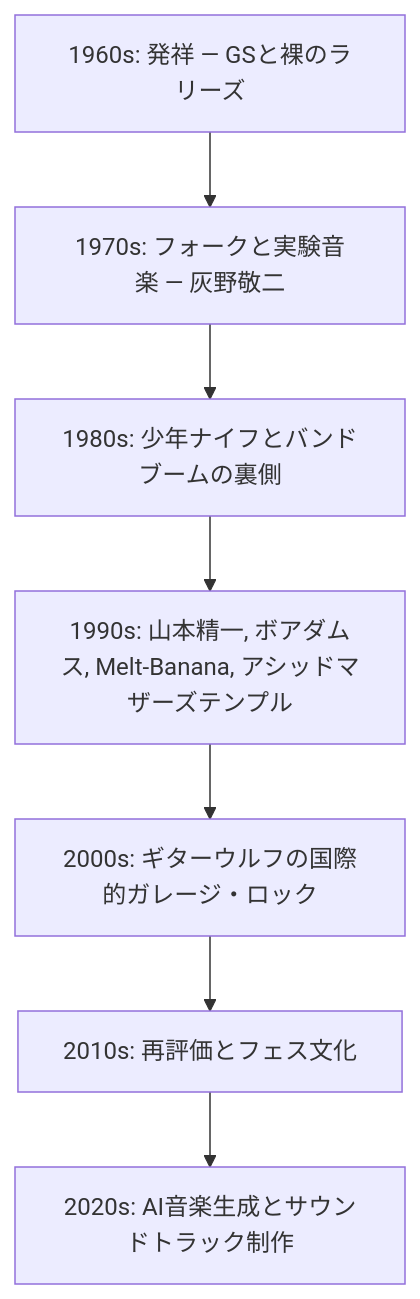
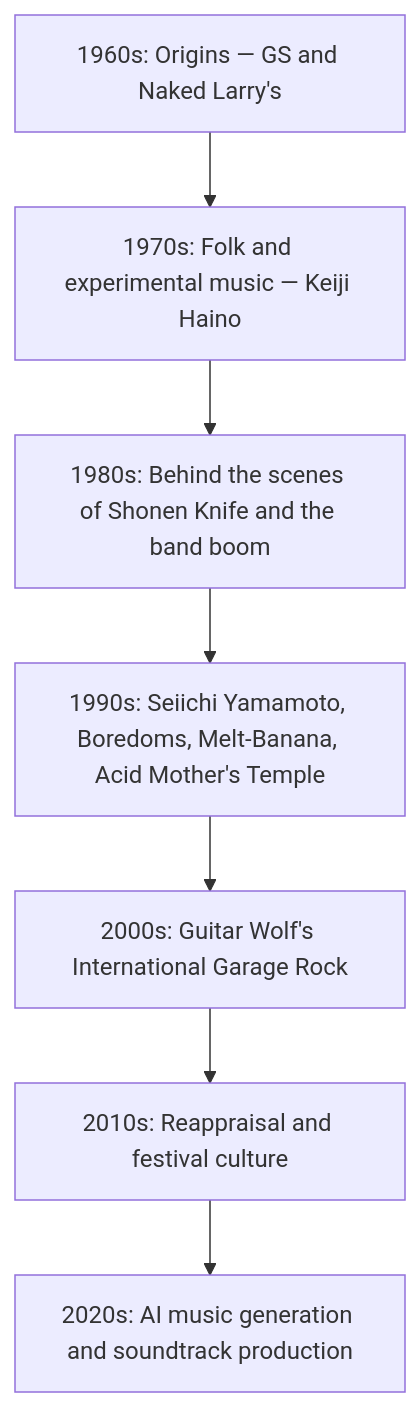
One commit to monumental-movement/monumental-movement.github.io changed the diagram in en/_posts/2025-09-25-Column-Japanese-Mainstream-Underground-Rock.md. Above: the diagram before and after it, drawn with Mermaid. The commit also changed 152 other files, not shown here.

```diff
--- a/en/_posts/2025-09-25-Column-Japanese-Mainstream-Underground-Rock.md
+++ b/en/_posts/2025-09-25-Column-Japanese-Mainstream-Underground-Rock.md
@@ -86,9 +86,9 @@
 <div class="mermaid">
 flowchart TD
-    A["1960s: 発祥 — GSと裸のラリーズ"] --> B["1970s: フォークと実験音楽 — 灰野敬二"]
-    B --> C["1980s: 少年ナイフとバンドブームの裏側"]
-    C --> D["1990s: 山本精一, ボアダムス, Melt-Banana, アシッドマザーズテンプル"]
-    D --> E["2000s: ギターウルフの国際的ガレージ・ロック"]
-    E --> F["2010s: 再評価とフェス文化"]
-    F --> G["2020s: AI音楽生成とサウンドトラック制作"]
+    A["1960s: Origins — GS and Naked Larry's"] --> B["1970s: Folk and experimental music — Keiji Haino"]
+    B --> C["1980s: Behind the scenes of Shonen Knife and the band boom"]
+    C --> D["1990s: Seiichi Yamamoto, Boredoms, Melt-Banana, Acid Mother's Temple"]
+    D --> E["2000s: Guitar Wolf's International Garage Rock"]
+    E --> F["2010s: Reappraisal and festival culture"]
+    F --> G["2020s: AI music generation and soundtrack production"]
 </div>
```
